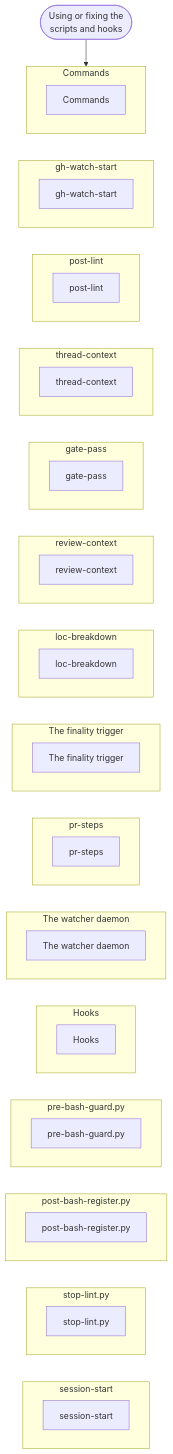
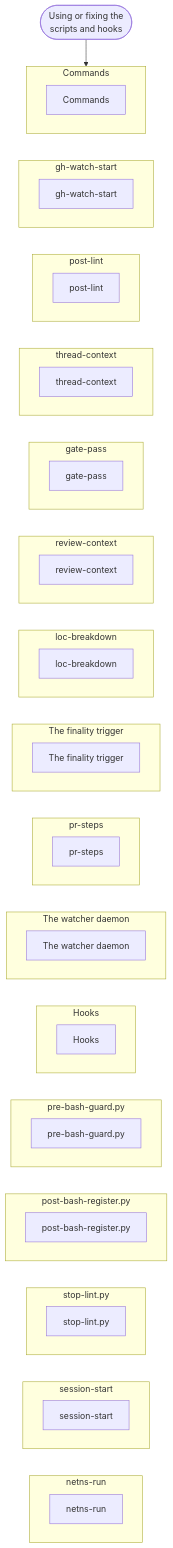
Before and after one commit to nitedani/mergeworthy: diagram 18 of 18 in docs/graphs.md, drawn with Mermaid. The commit also changed 6 other files, not shown here.

First line of the commit message:
netns-run: a private network namespace with its own ports and internet

````diff
--- a/docs/graphs.md
+++ b/docs/graphs.md
@@ -507,64 +507,68 @@
 ```mermaid
 flowchart TB
   start(["Using or fixing the<br/>scripts and hooks"])
   subgraph g0["Commands"]
     s0["Commands"]
   end
   subgraph g1["gh-watch-start"]
     s1["gh-watch-start"]
   end
   subgraph g2["post-lint"]
     s2["post-lint"]
   end
   subgraph g3["thread-context"]
     s3["thread-context"]
   end
   subgraph g4["gate-pass"]
     s4["gate-pass"]
   end
   subgraph g5["review-context"]
     s5["review-context"]
   end
   subgraph g6["loc-breakdown"]
     s6["loc-breakdown"]
   end
   subgraph g7["The finality trigger"]
     s7["The finality trigger"]
   end
   subgraph g8["pr-steps"]
     s8["pr-steps"]
   end
   subgraph g9["The watcher daemon"]
     s9["The watcher daemon"]
   end
   subgraph g10["Hooks"]
     s10["Hooks"]
   end
   subgraph g11["pre-bash-guard.py"]
     s11["pre-bash-guard.py"]
   end
   subgraph g12["post-bash-register.py"]
     s12["post-bash-register.py"]
   end
   subgraph g13["stop-lint.py"]
     s13["stop-lint.py"]
   end
   subgraph g14["session-start"]
     s14["session-start"]
   end
+  subgraph g15["netns-run"]
+    s15["netns-run"]
+  end
   start --> g0
   g0 ~~~ g1
   g1 ~~~ g2
   g2 ~~~ g3
   g3 ~~~ g4
   g4 ~~~ g5
   g5 ~~~ g6
   g6 ~~~ g7
   g7 ~~~ g8
   g8 ~~~ g9
   g9 ~~~ g10
   g10 ~~~ g11
   g11 ~~~ g12
   g12 ~~~ g13
   g13 ~~~ g14
+  g14 ~~~ g15
 ```
````
